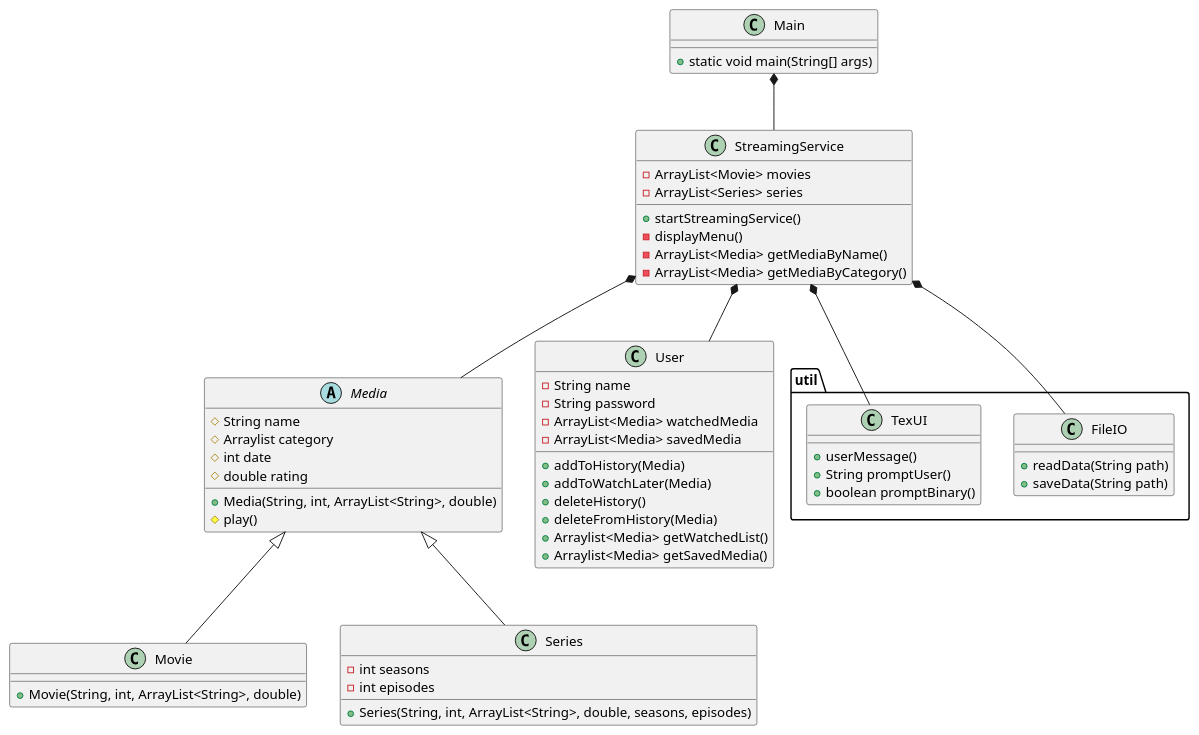
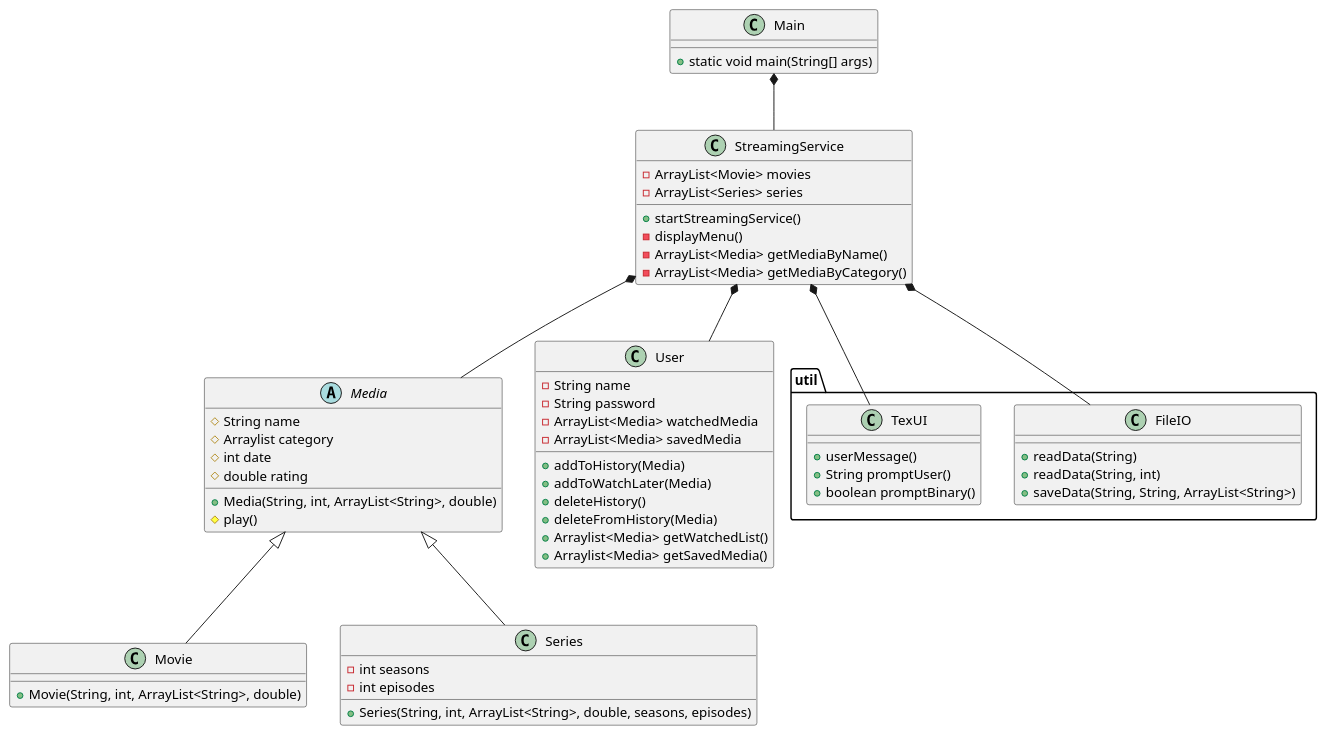
The diagram in doc/static/classDiagram.puml (Studiegruppe-B/SP3-Streamingtjeneste), drawn with PlantUML before and after one commit.

Commit message:
Updated FileIO data parameters inside of class diagram.

```diff
--- a/doc/static/classDiagram.puml
+++ b/doc/static/classDiagram.puml
@@ -1,72 +1,73 @@
 @startuml
 class Main{
 + static void main(String[] args)
 
 }
 
 class StreamingService{
 - ArrayList<Movie> movies
 - ArrayList<Series> series
 + startStreamingService()
 - displayMenu()
 - ArrayList<Media> getMediaByName()
 - ArrayList<Media> getMediaByCategory()
 }
 
 
 
 
 abstract class Media{
 # String name
 # Arraylist category
 # int date
 # double rating
 + Media(String, int, ArrayList<String>, double)
 # play()
 }
 
 class Movie{
 + Movie(String, int, ArrayList<String>, double)
 }
 
 class Series{
 + Series(String, int, ArrayList<String>, double, seasons, episodes)
 - int seasons
 - int episodes
 }
 
 class User{
 - String name
 - String password
 - ArrayList<Media> watchedMedia
 - ArrayList<Media> savedMedia
 + addToHistory(Media)
 + addToWatchLater(Media)
 + deleteHistory()
 + deleteFromHistory(Media)
 + Arraylist<Media> getWatchedList()
 + Arraylist<Media> getSavedMedia()
 }
 
 package "util"{
 static class FileIO{
-+ readData(String path)
-+ saveData(String path)
++ readData(String)
++ readData(String, int)
++ saveData(String, String, ArrayList<String>)
 }
 
 static class TexUI{
 + userMessage()
 + String promptUser()
 + boolean promptBinary()
 
 }
 }
 
 Main *-- StreamingService
 StreamingService *-- Media
 StreamingService *-- FileIO
 StreamingService *-- TexUI
 StreamingService *-- User
 Media <|-- Movie
 Media <|-- Series
 @enduml
```
